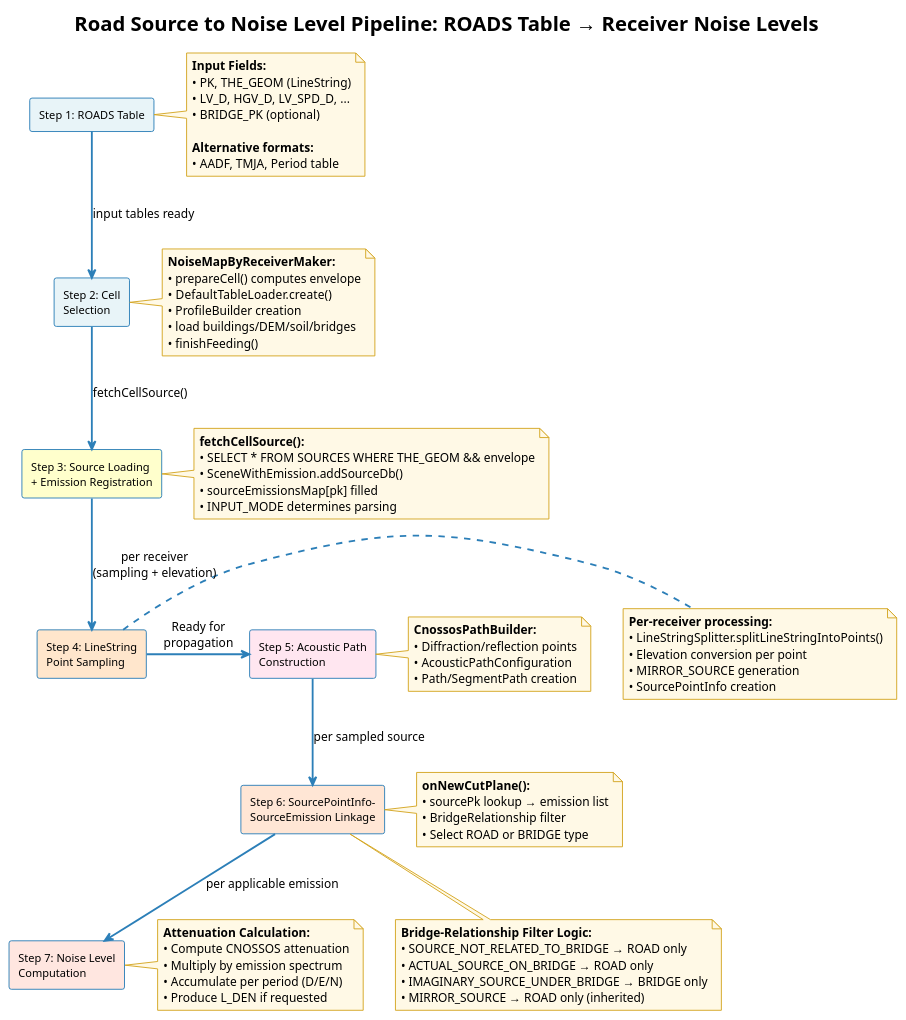
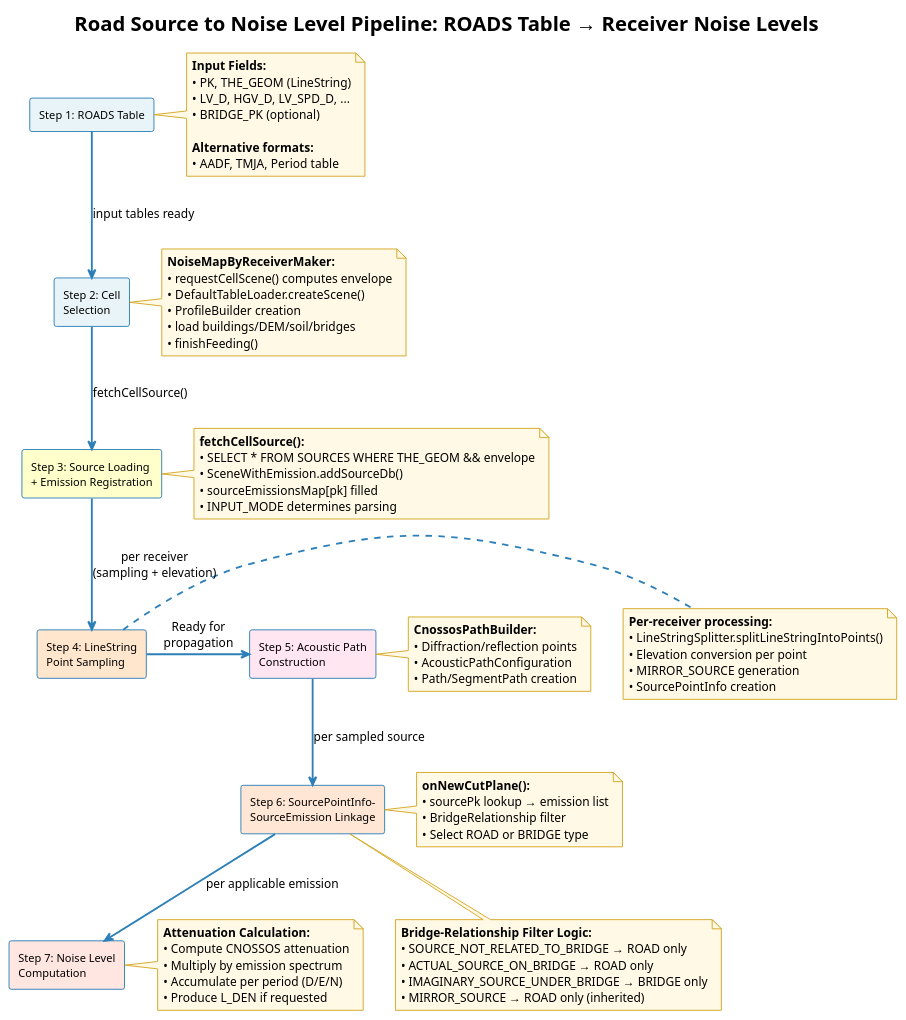
One commit to jtagusari/NoiseModelling changed the diagram in Docs-dev/source_algorithms.md. Above: the diagram before and after it, drawn with PlantUML. The commit also changed other lines of this file and 12 other files, not shown here.

```diff
--- a/Docs-dev/source_algorithms.md
+++ b/Docs-dev/source_algorithms.md
@@ -56,8 +56,8 @@
 rectangle "Step 2: Cell\nSelection" as step2 #E8F4F8
 note right of step2
   **NoiseMapByReceiverMaker:**
-  • prepareCell() computes envelope
-  • DefaultTableLoader.create()
+  • requestCellScene() computes envelope
+  • DefaultTableLoader.createScene()
   • ProfileBuilder creation
   • load buildings/DEM/soil/bridges
   • finishFeeding()
```
